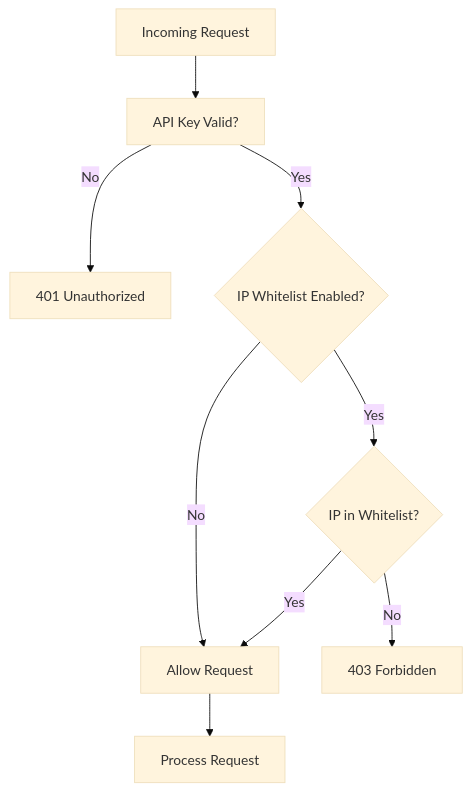
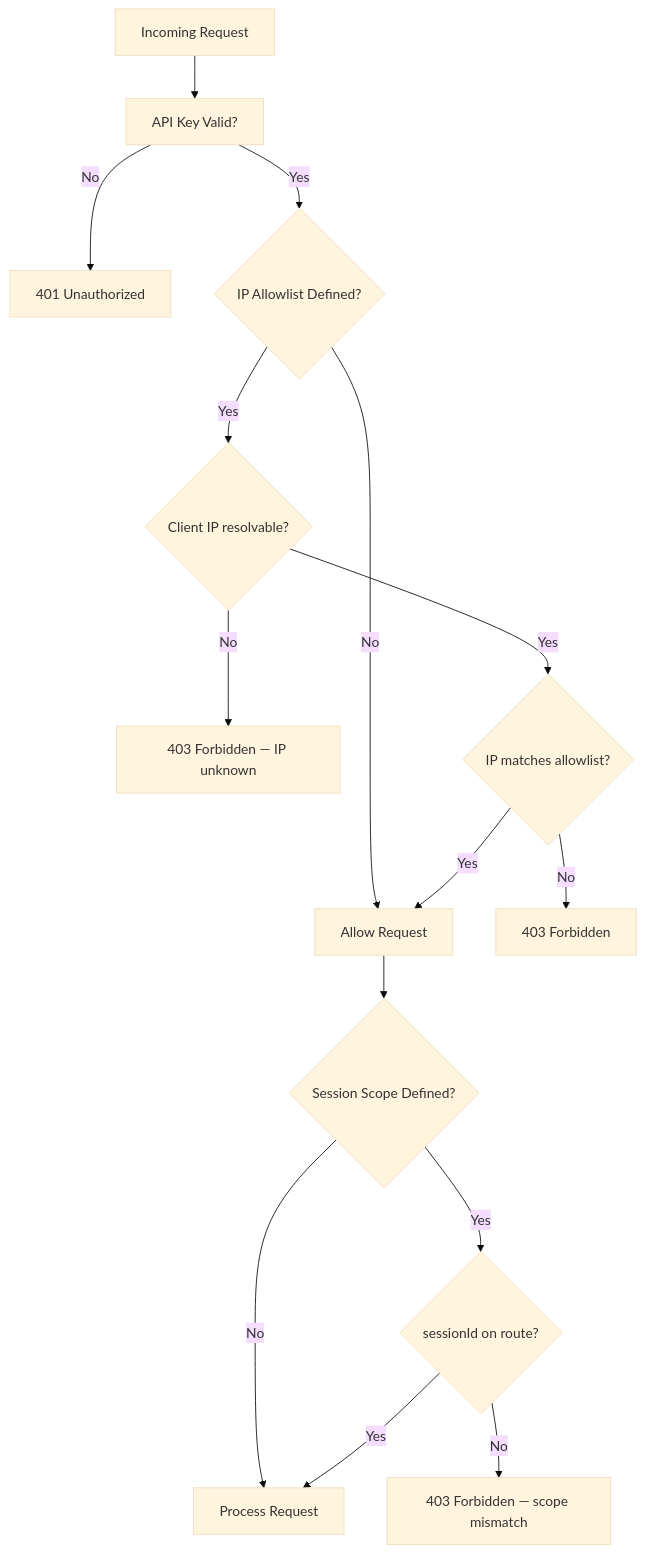
Before and after one commit to liminal-loop/whatsgate: the third of 10 diagrams in docs/04-security-design.md, drawn with Mermaid (base theme). The commit also changed other lines of this file and 14 other files, not shown here.

````diff
--- a/docs/04-security-design.md
+++ b/docs/04-security-design.md
@@ -88,11 +88,17 @@
 ```mermaid
 flowchart TB
     REQ[Incoming Request] --> AUTH[API Key Valid?]
     AUTH -->|No| R401[401 Unauthorized]
-    AUTH -->|Yes| WL{IP Whitelist Enabled?}
+    AUTH -->|Yes| WL{IP Allowlist Defined?}
     WL -->|No| ALLOW[Allow Request]
-    WL -->|Yes| CHECK{IP in Whitelist?}
+    WL -->|Yes| IPCHECK{Client IP resolvable?}
+    IPCHECK -->|No| R403A[403 Forbidden — IP unknown]
+    IPCHECK -->|Yes| CHECK{IP matches allowlist?}
     CHECK -->|No| R403[403 Forbidden]
     CHECK -->|Yes| ALLOW
-    ALLOW --> PROCESS[Process Request]
+    ALLOW --> SESS{Session Scope Defined?}
+    SESS -->|No| PROCESS[Process Request]
+    SESS -->|Yes| SIDCHECK{sessionId on route?}
+    SIDCHECK -->|No| R403B[403 Forbidden — scope mismatch]
+    SIDCHECK -->|Yes| PROCESS
 ```
````
